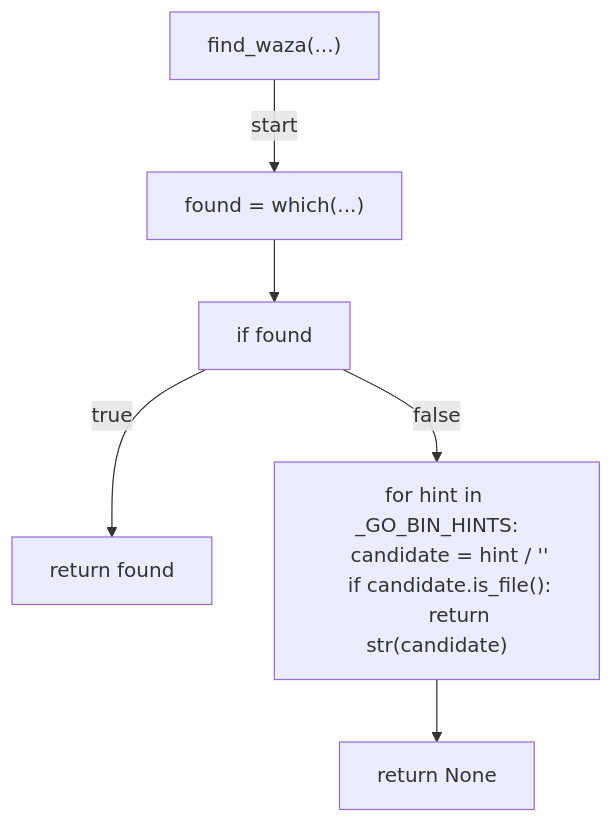
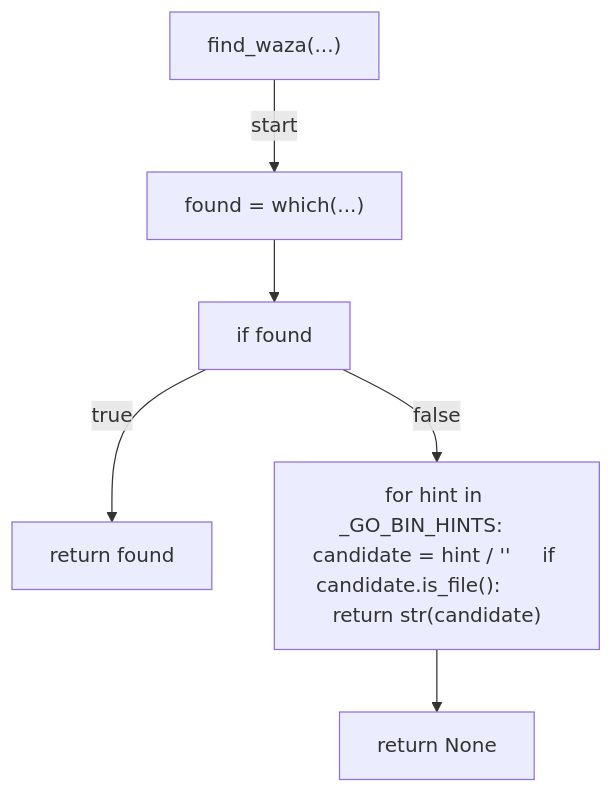
Before and after one commit to tvna/claude-md: the first of 7 diagrams in docs/generated/scripts/ast/skill_quality_gate.md, drawn with Mermaid. The commit also changed other lines of this file and 23 other files, not shown here.

First line of the commit message:
docs(generated): regenerate decision tree and workflow diagrams (batch 4/5)

````diff
--- a/docs/generated/scripts/ast/skill_quality_gate.md
+++ b/docs/generated/scripts/ast/skill_quality_gate.md
@@ -7,17 +7,14 @@
 ```mermaid
 flowchart TD
     N001["find_waza(...)"]
     N002["found = which(...)"]
     N003["if found"]
     N004["return found"]
-    N005["for hint in _GO_BIN_HINTS:
-    candidate = hint / '<str>'
-    if candidate.is_file():
-        return str(candidate)"]
+    N005["for hint in _GO_BIN_HINTS:     candidate = hint / '<str>'     if candidate.is_file():         return str(candidate)"]
     N006["return None"]
     N001 -->|"start"| N002
     N002 --> N003
     N003 -->|"true"| N004
     N003 -->|"false"| N005
     N005 --> N006
 ```
````
